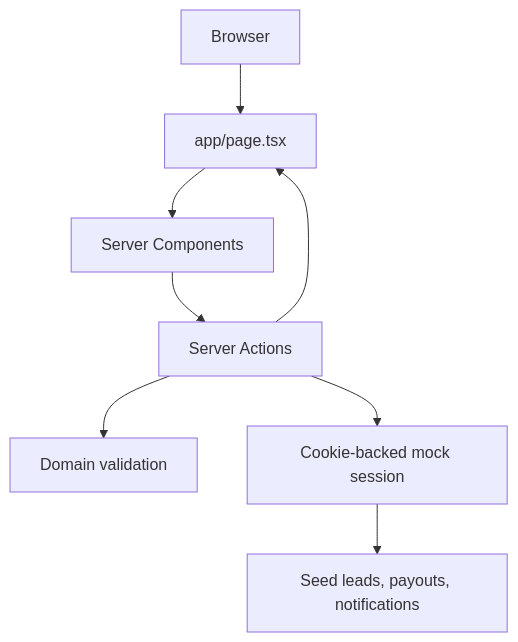
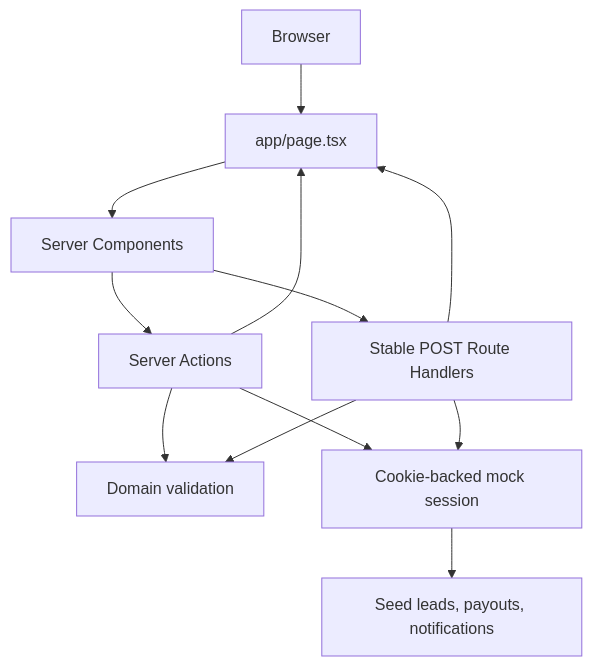
Before and after one commit to Ericokim/onboarding_interview: the second of 2 diagrams in README.md, drawn with Mermaid. The commit also changed other lines of this file and 8 other files, not shown here.

Commit message:
feat: implement stable multipart routes for agent applications and leads, update forms and tests

````diff
--- a/README.md
+++ b/README.md
@@ -77,10 +77,14 @@
 ```mermaid
 flowchart TD
     Browser --> Page[app/page.tsx]
     Page --> RSC[Server Components]
     RSC --> Actions[Server Actions]
+    RSC --> Routes[Stable POST Route Handlers]
     Actions --> Domain[Domain validation]
+    Routes --> Domain
     Actions --> Session[Cookie-backed mock session]
+    Routes --> Session
     Session --> Seeds[Seed leads, payouts, notifications]
     Actions --> Page
+    Routes --> Page
 ```
````
